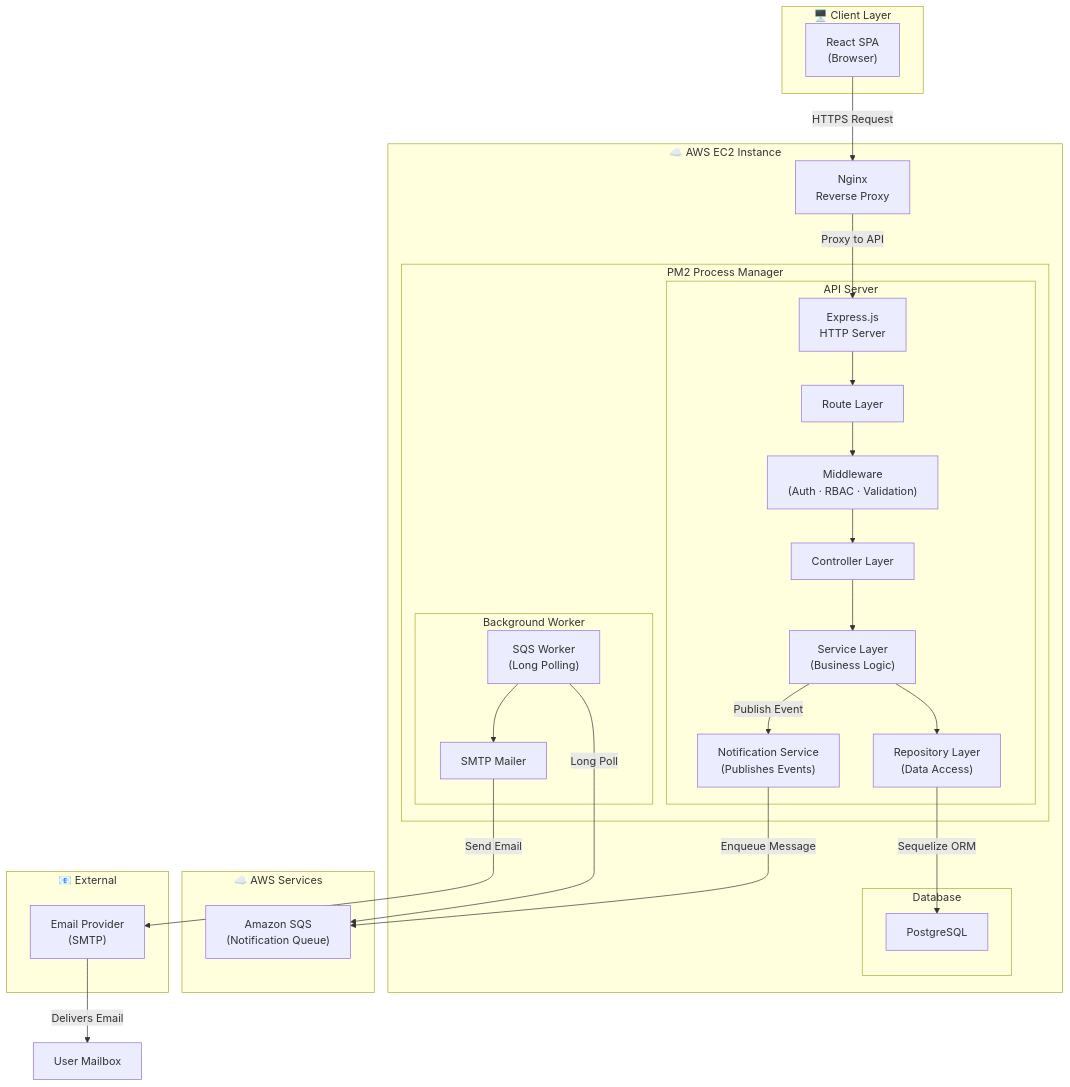
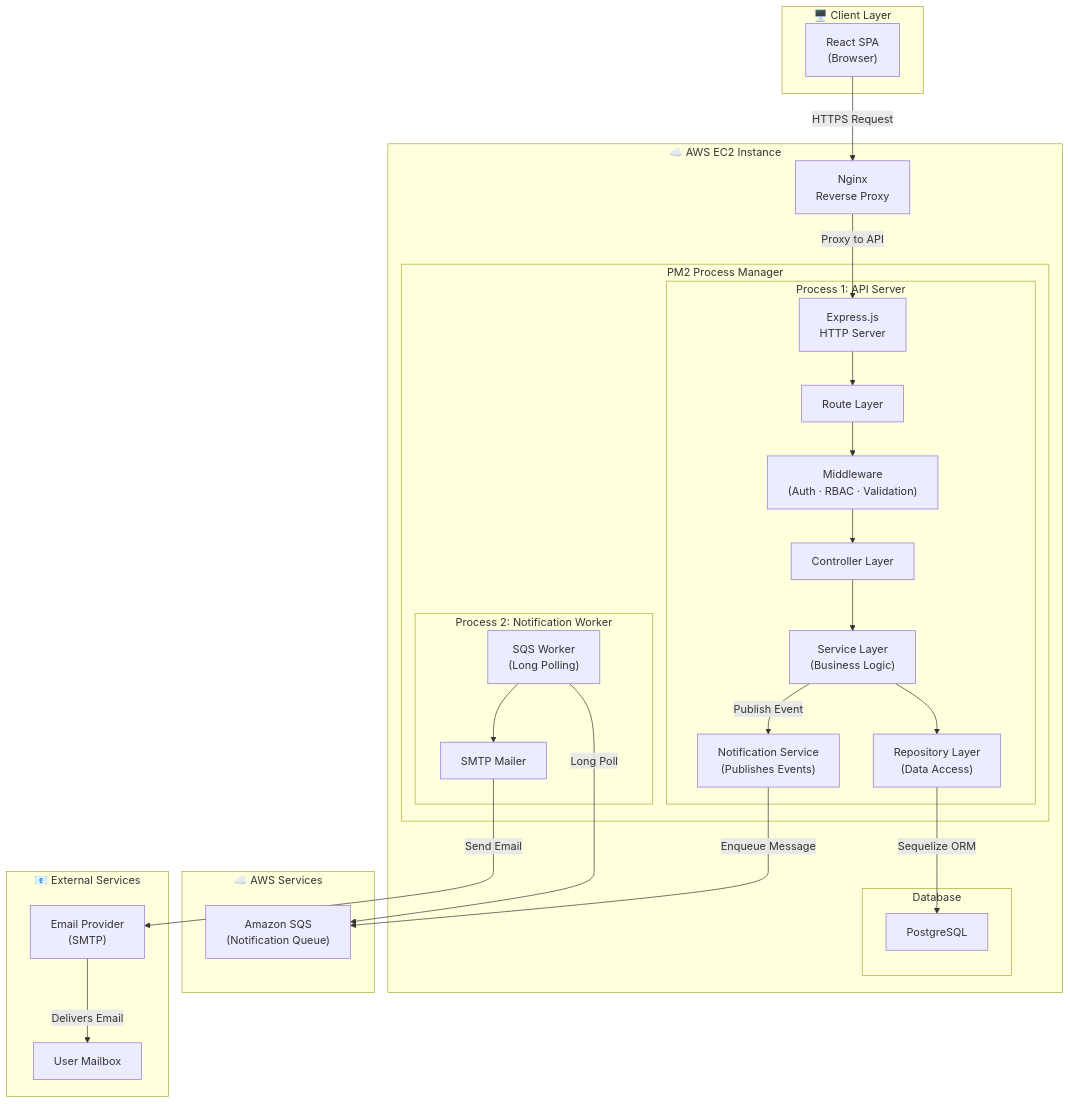
One commit to AmbyHasan/HMS changed the second of 10 diagrams in docs/01-Architecure-Design.md. Above: the diagram before and after it, drawn with Mermaid. The commit also changed other lines of this file, not shown here.

Commit message:
Fix architecture doc

````diff
--- a/docs/01-Architecure-Design.md
+++ b/docs/01-Architecure-Design.md
@@ -84,54 +84,60 @@
 ```mermaid
 graph TD
     subgraph Client["🖥️ Client Layer"]
-        Browser["React SPA\n(Browser)"]
+        Browser["React SPA<br/>(Browser)"]
     end
 
     subgraph EC2["☁️ AWS EC2 Instance"]
-        Nginx["Nginx\nReverse Proxy"]
+        Nginx["Nginx<br/>Reverse Proxy"]
 
         subgraph PM2["PM2 Process Manager"]
-            subgraph App["API Server"]
-                Express["Express.js\nHTTP Server"]
+
+            subgraph P1["Process 1: API Server"]
+                Express["Express.js<br/>HTTP Server"]
                 Routes["Route Layer"]
-                Middleware["Middleware\n(Auth · RBAC · Validation)"]
+                Middleware["Middleware<br/>(Auth · RBAC · Validation)"]
                 Controllers["Controller Layer"]
-                Services["Service Layer\n(Business Logic)"]
-                Repos["Repository Layer\n(Data Access)"]
-                SQSPub["Notification Service\n(Publishes Events)"]
+                Services["Service Layer<br/>(Business Logic)"]
+                Repos["Repository Layer<br/>(Data Access)"]
+                SQSPub["Notification Service<br/>(Publishes Events)"]
             end
 
-            subgraph Worker["Background Worker"]
-                SQSPoll["SQS Worker\n(Long Polling)"]
+            subgraph P2["Process 2: Notification Worker"]
+                SQSPoll["SQS Worker<br/>(Long Polling)"]
                 SMTP["SMTP Mailer"]
             end
+
         end
 
         subgraph DB["Database"]
             PG["PostgreSQL"]
         end
     end
 
     subgraph AWS["☁️ AWS Services"]
-        SQS["Amazon SQS\n(Notification Queue)"]
+        SQS["Amazon SQS<br/>(Notification Queue)"]
     end
 
-    subgraph External["📧 External"]
-        EmailSvc["Email Provider\n(SMTP)"]
+    subgraph External["📧 External Services"]
+        EmailSvc["Email Provider<br/>(SMTP)"]
+        UserInbox["User Mailbox"]
     end
 
     Browser -->|HTTPS Request| Nginx
     Nginx -->|Proxy to API| Express
+
     Express --> Routes
     Routes --> Middleware
     Middleware --> Controllers
     Controllers --> Services
     Services --> Repos
     Repos -->|Sequelize ORM| PG
+
     Services -->|Publish Event| SQSPub
     SQSPub -->|Enqueue Message| SQS
+
     SQSPoll -->|Long Poll| SQS
     SQSPoll --> SMTP
     SMTP -->|Send Email| EmailSvc
-    EmailSvc -->|Delivers Email| UserInbox["User Mailbox"]
+    EmailSvc -->|Delivers Email| UserInbox
 ```
````
